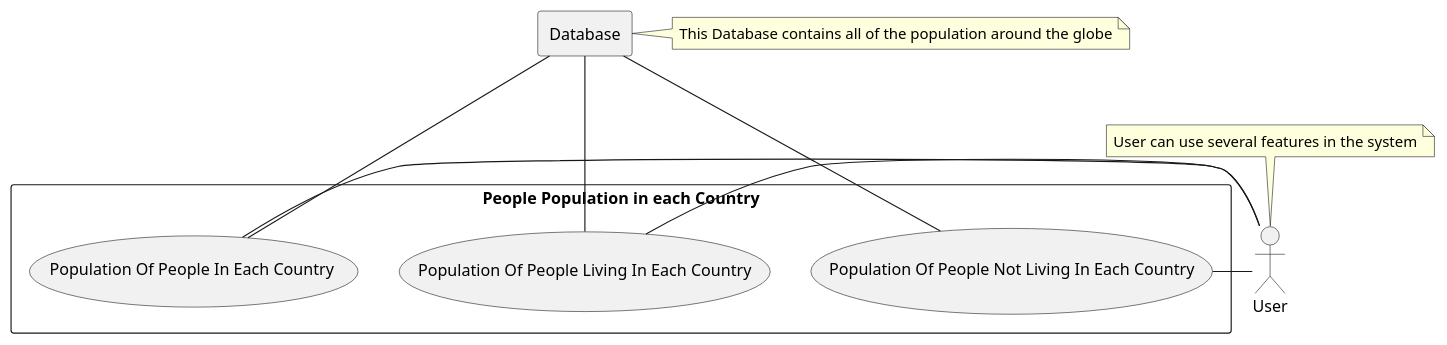
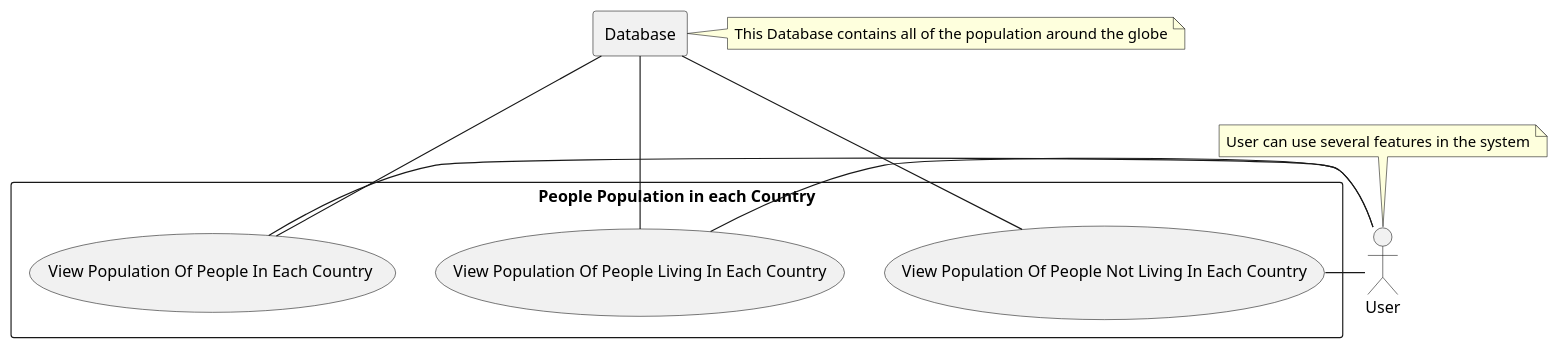
The diagram in use-cases/PopulationOfPeopleInEachCountry.puml (40437404/DevOps_SET09623), drawn with PlantUML before and after one commit. The commit also changed 9 other files, not shown here.

Commit message:
UseCase Diagrams Updated

```diff
--- a/use-cases/PopulationOfPeopleInEachCountry.puml
+++ b/use-cases/PopulationOfPeopleInEachCountry.puml
@@ -1,17 +1,17 @@
 @startuml
     actor user as "User"
         note top of user: User can use several features in the system
         rectangle db as "Database"
         note right of db: This Database contains all of the population around the globe
     rectangle "People Population in each Country"{
-        usecase PC1 as "Population Of People In Each Country "
-        usecase PC2 as "Population Of People Living In Each Country"
-        usecase PC3 as "Population Of People Not Living In Each Country"
+        usecase PC1 as "View Population Of People In Each Country "
+        usecase PC2 as "View Population Of People Living In Each Country"
+        usecase PC3 as "View Population Of People Not Living In Each Country"
         user - PC1
         user - PC2
         user - PC3
         db --- PC1
         db --- PC2
         db --- PC3
     }
 @enduml
```
